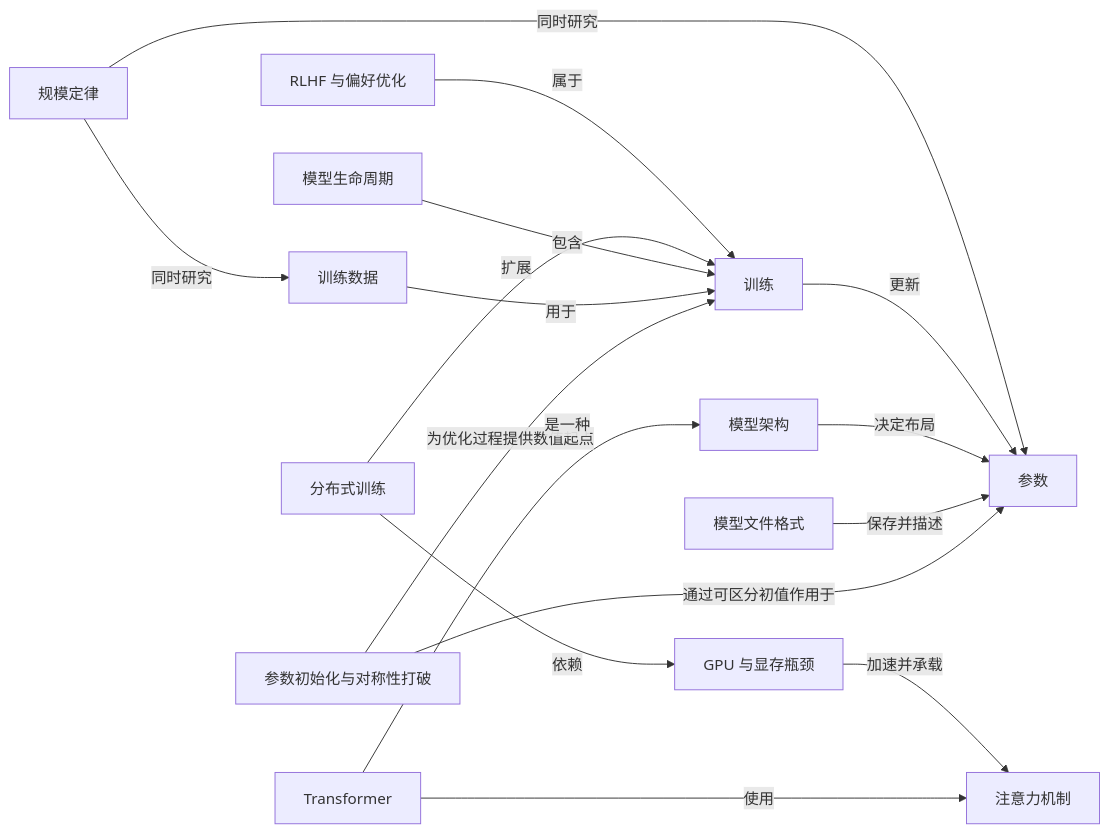
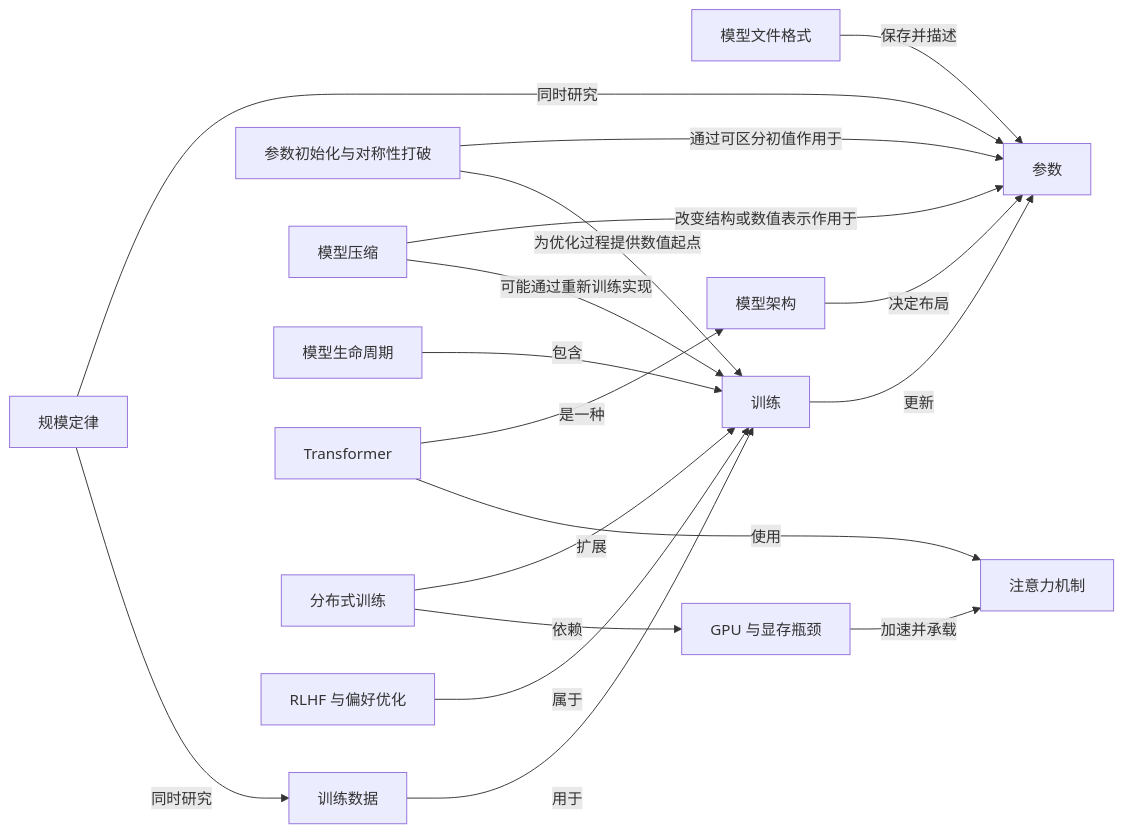
One commit to z-Zihan/LLM-101 changed the second of 9 diagrams in 知识网络.md. Above: the diagram before and after it, drawn with Mermaid. The commit also changed other lines of this file and 16 other files, not shown here.

Commit message:
docs: compare reasoning and model compression methods

````diff
--- a/知识网络.md
+++ b/知识网络.md
@@ -139,31 +143,34 @@
 ```mermaid
 flowchart LR
     n_parameter["参数"]
     n_training_data["训练数据"]
     n_symmetry_breaking["参数初始化与对称性打破"]
     n_model_file_format["模型文件格式"]
+    n_model_compression["模型压缩"]
     n_model_lifecycle["模型生命周期"]
     n_architecture["模型架构"]
     n_transformer["Transformer"]
     n_attention["注意力机制"]
     n_training["训练"]
     n_scaling_laws["规模定律"]
     n_gpu_compute["GPU 与显存瓶颈"]
     n_distributed_training["分布式训练"]
     n_preference_alignment["RLHF 与偏好优化"]
+    n_model_compression -->|"改变结构或数值表示作用于"| n_parameter
+    n_model_compression -->|"可能通过重新训练实现"| n_training
     n_symmetry_breaking -->|"通过可区分初值作用于"| n_parameter
     n_symmetry_breaking -->|"为优化过程提供数值起点"| n_training
     n_model_file_format -->|"保存并描述"| n_parameter
     n_architecture -->|"决定布局"| n_parameter
     n_transformer -->|"是一种"| n_architecture
     n_training_data -->|"用于"| n_training
     n_training -->|"更新"| n_parameter
     n_model_lifecycle -->|"包含"| n_training
     n_transformer -->|"使用"| n_attention
     n_scaling_laws -->|"同时研究"| n_parameter
     n_scaling_laws -->|"同时研究"| n_training_data
     n_gpu_compute -->|"加速并承载"| n_attention
     n_distributed_training -->|"扩展"| n_training
     n_distributed_training -->|"依赖"| n_gpu_compute
     n_preference_alignment -->|"属于"| n_training
 ```
````
